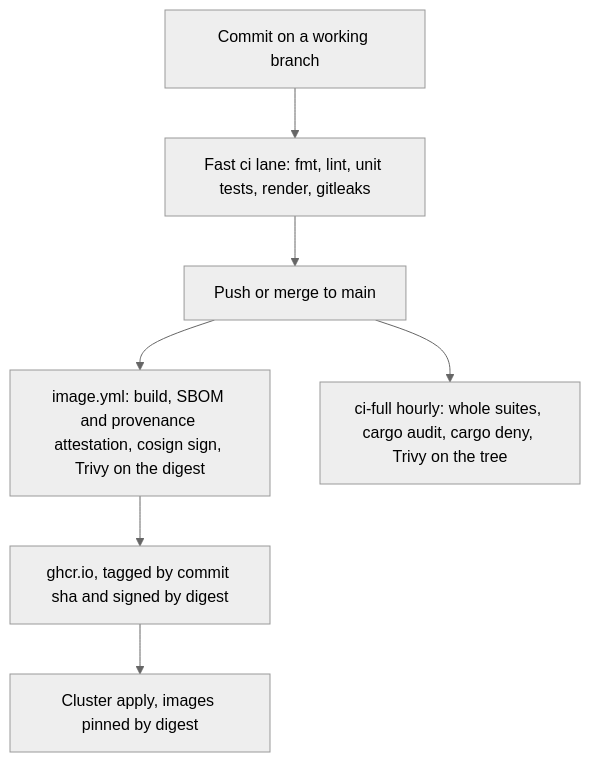
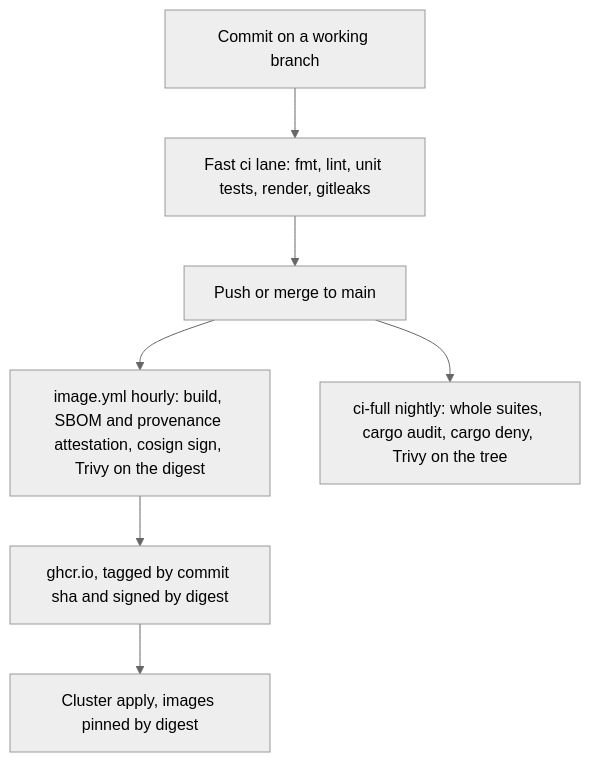
The diagram in Development/09-development-process.md (marek-mraz-jc/joinedcontext-docs), drawn with Mermaid (neutral theme) before and after one commit. The commit also changed other lines of this file and 3 other files, not shown here.

Commit message:
T-4696: Less CI: nightly ci-full, hourly images, path-gated ci on main (T-4696)

````diff
--- a/Development/09-development-process.md
+++ b/Development/09-development-process.md
@@ -45,9 +47,9 @@
 ```mermaid
 flowchart TD
     Commit[Commit on a working branch] --> Fast[Fast ci lane: fmt, lint, unit tests, render, gitleaks]
     Fast --> Main[Push or merge to main]
-    Main --> Image[image.yml: build, SBOM and provenance attestation, cosign sign, Trivy on the digest]
-    Main --> Full[ci-full hourly: whole suites, cargo audit, cargo deny, Trivy on the tree]
+    Main --> Image[image.yml hourly: build, SBOM and provenance attestation, cosign sign, Trivy on the digest]
+    Main --> Full[ci-full nightly: whole suites, cargo audit, cargo deny, Trivy on the tree]
     Image --> Registry[ghcr.io, tagged by commit sha and signed by digest]
     Registry --> Apply[Cluster apply, images pinned by digest]
 ```
````
